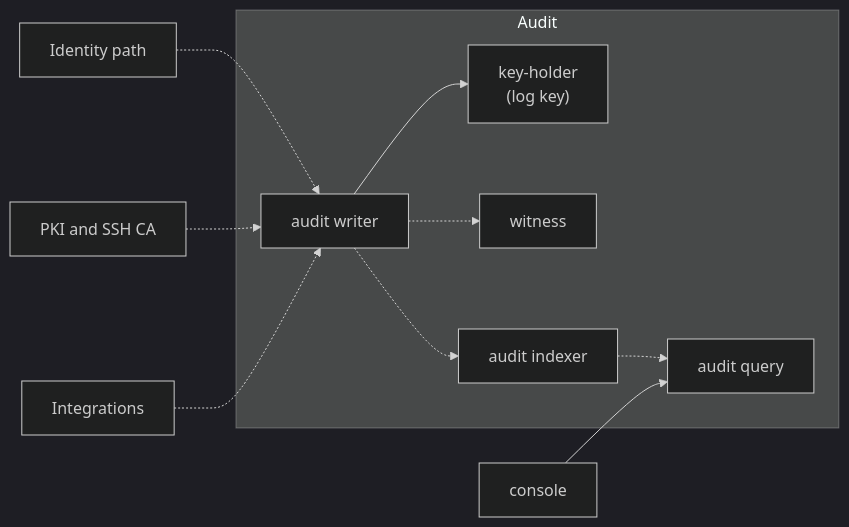
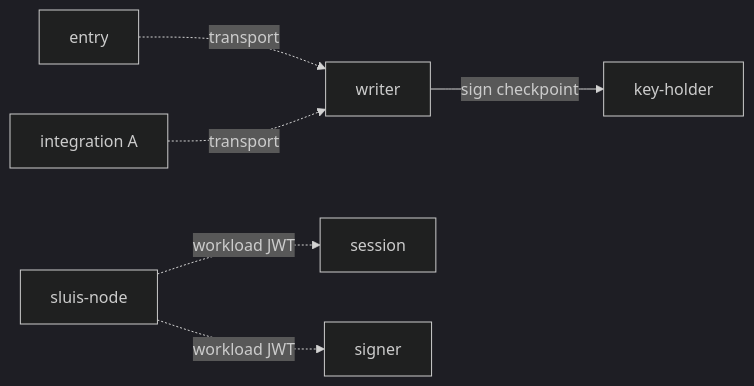
The seventh of 7 diagrams in docs/architecture/components.md (truvity/sluis), drawn with Mermaid (dark theme) before and after one commit. The commit also changed other lines of this file and 118 other files, not shown here.

````diff
--- a/docs/architecture/components.md
+++ b/docs/architecture/components.md
@@ -276,24 +329,8 @@
 ```mermaid
 flowchart LR
-  core["Identity path"]
-  cert["PKI and SSH CA"]
-  integ["Integrations"]
-  con["console"]
-
-  subgraph AUDIT["Audit"]
-    aw["audit writer"]
-    kh["key-holder<br/>(log key)"]
-    wit["witness"]
-    idx["audit indexer"]
-    aq["audit query"]
-  end
-
-  core -.-> aw
-  cert -.-> aw
-  integ -.-> aw
-  aw --> kh
-  aw -.-> wit
-  aw -.-> idx
-  idx -.-> aq
-  con --> aq
+  entry["entry"] -.->|"transport"| aw["writer"]
+  ia["integration A"] -.->|"transport"| aw
+  aw -->|"sign checkpoint"| kh["key-holder"]
+  agent["sluis-node"] -.->|"workload JWT"| sess["session"]
+  agent -.->|"workload JWT"| signer["signer"]
 ```
````
